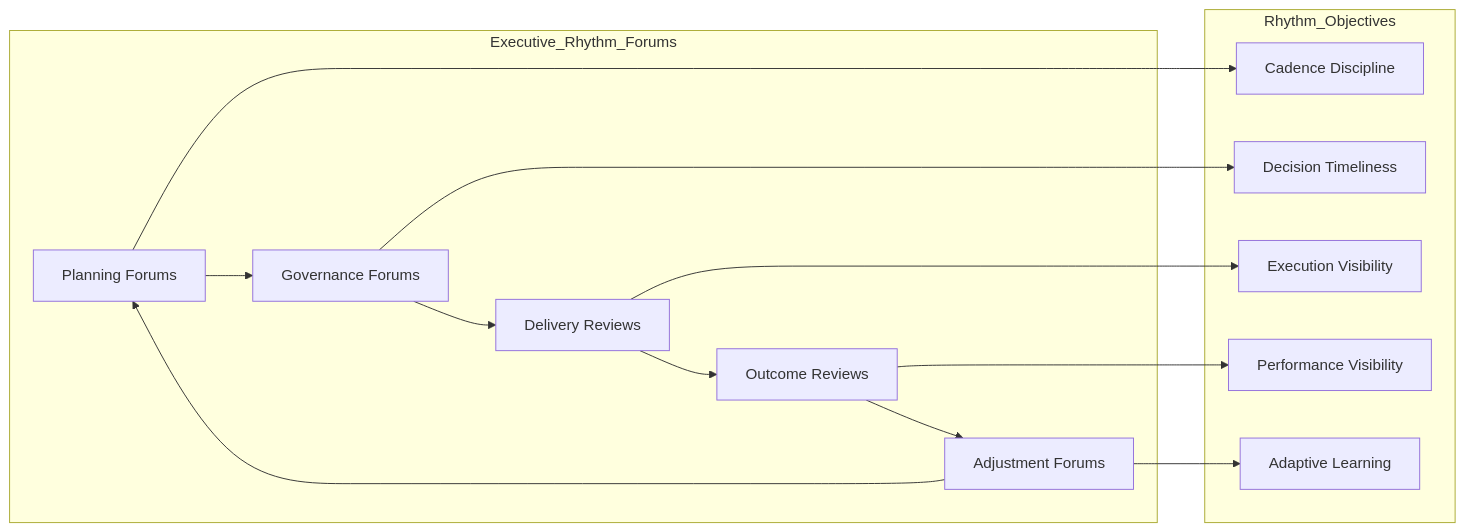
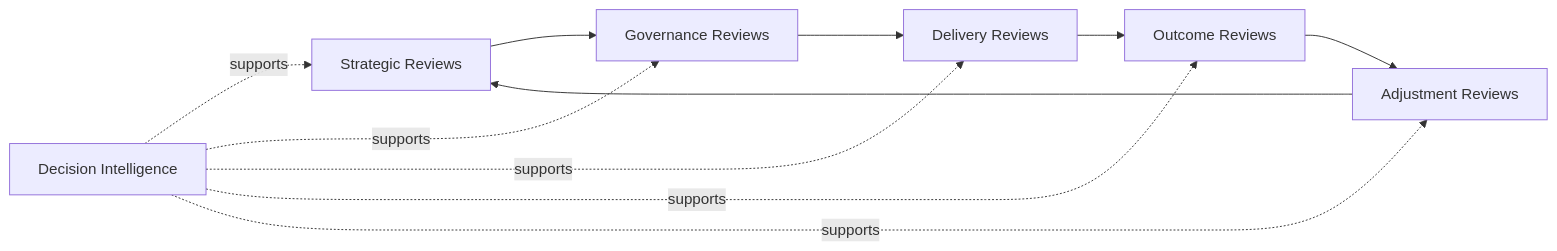
The second of 2 diagrams in architecture/EXECUTIVE_OPERATING_RHYTHM.md (ChuckFerrando/product-leadership-operating-model), drawn with Mermaid before and after one commit. The commit also changed other lines of this file, not shown here.

````diff
--- a/architecture/EXECUTIVE_OPERATING_RHYTHM.md
+++ b/architecture/EXECUTIVE_OPERATING_RHYTHM.md
@@ -127,31 +128,19 @@
 ```mermaid
 flowchart LR
 
-    subgraph Executive_Rhythm_Forums
-        A[Planning Forums]
-        B[Governance Forums]
-        C[Delivery Reviews]
-        D[Outcome Reviews]
-        E[Adjustment Forums]
-    end
+    A[Strategic Reviews]
+    B[Governance Reviews]
+    C[Delivery Reviews]
+    D[Outcome Reviews]
+    E[Adjustment Reviews]
 
-    subgraph Rhythm_Objectives
-        F[Cadence Discipline]
-        G[Decision Timeliness]
-        H[Execution Visibility]
-        I[Performance Visibility]
-        J[Adaptive Learning]
-    end
+    A --> B --> C --> D --> E --> A
 
-    A --> F
-    B --> G
-    C --> H
-    D --> I
-    E --> J
+    F[Decision Intelligence]
 
-    A --> B
-    B --> C
-    C --> D
-    D --> E
-    E --> A
+    F -.supports.-> A
+    F -.supports.-> B
+    F -.supports.-> C
+    F -.supports.-> D
+    F -.supports.-> E
 ```
````
